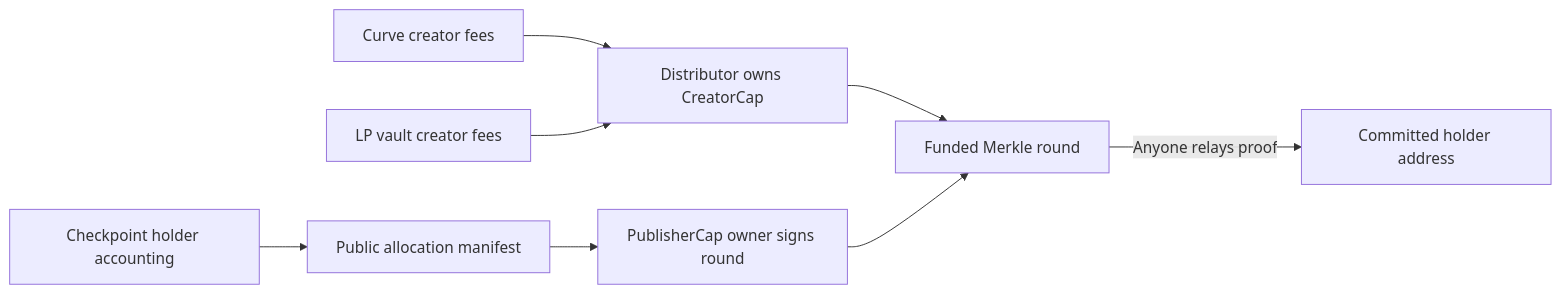
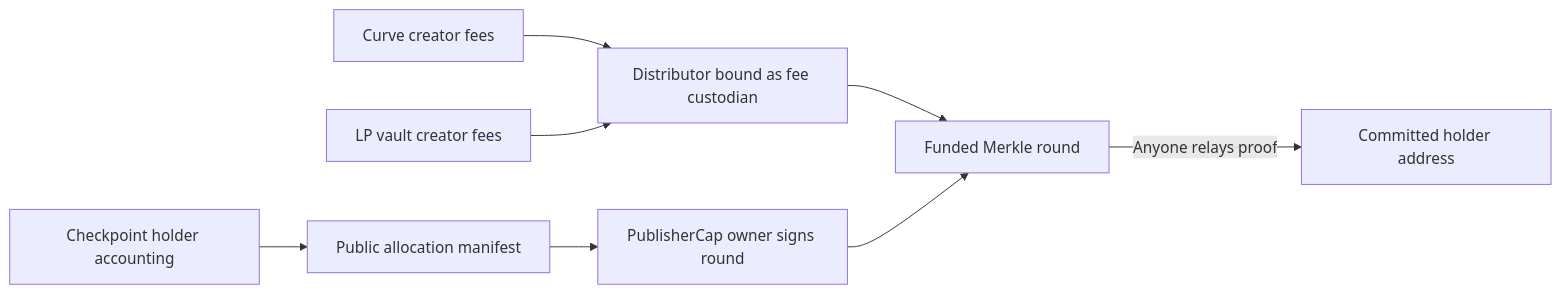
One commit to interest-protocol/blast-v2-contracts changed the diagram in sui/distributor/README.md. Above: the diagram before and after it, drawn with Mermaid. The commit also changed other lines of this file and 6 other files, not shown here.

````diff
--- a/sui/distributor/README.md
+++ b/sui/distributor/README.md
@@ -8,10 +9,10 @@
 ```mermaid
 flowchart LR
-  Curve[Curve creator fees] --> D[Distributor owns CreatorCap]
+  Curve[Curve creator fees] --> D[Distributor bound as fee custodian]
   LP[LP vault creator fees] --> D
   Indexer[Checkpoint holder accounting] --> Manifest[Public allocation manifest]
   Manifest --> Publisher[PublisherCap owner signs round]
   D --> Round[Funded Merkle round]
   Publisher --> Round
   Round -->|Anyone relays proof| Holder[Committed holder address]
 ```
````
